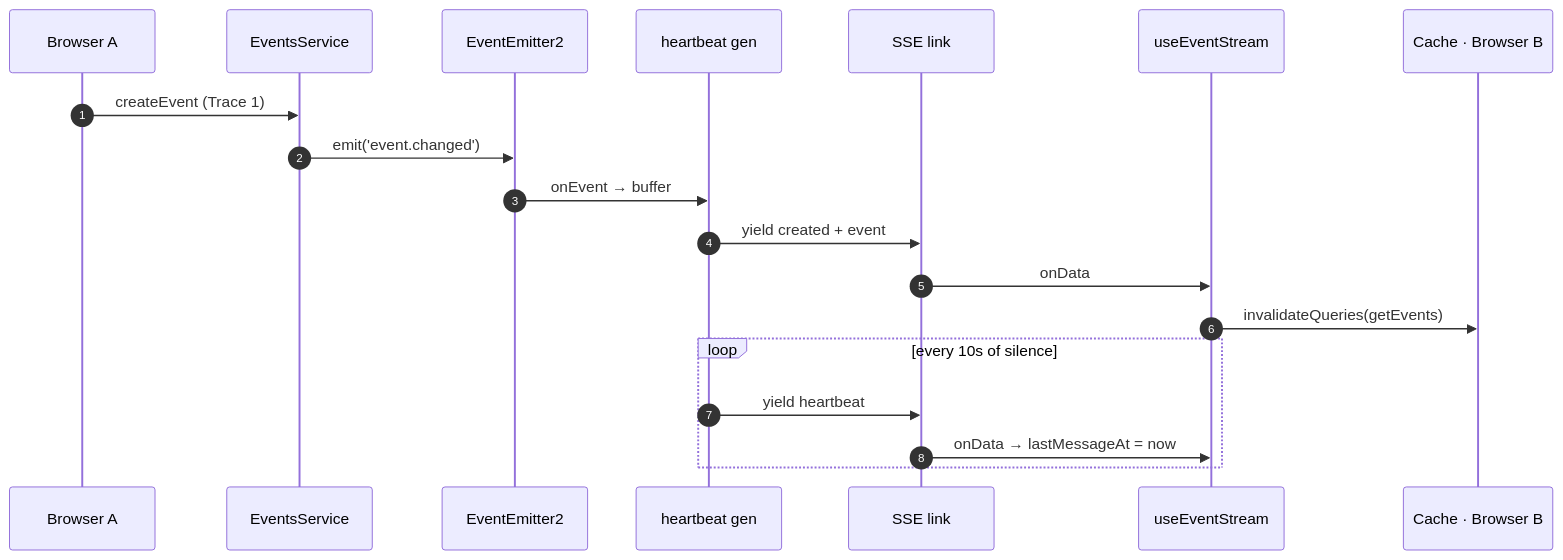
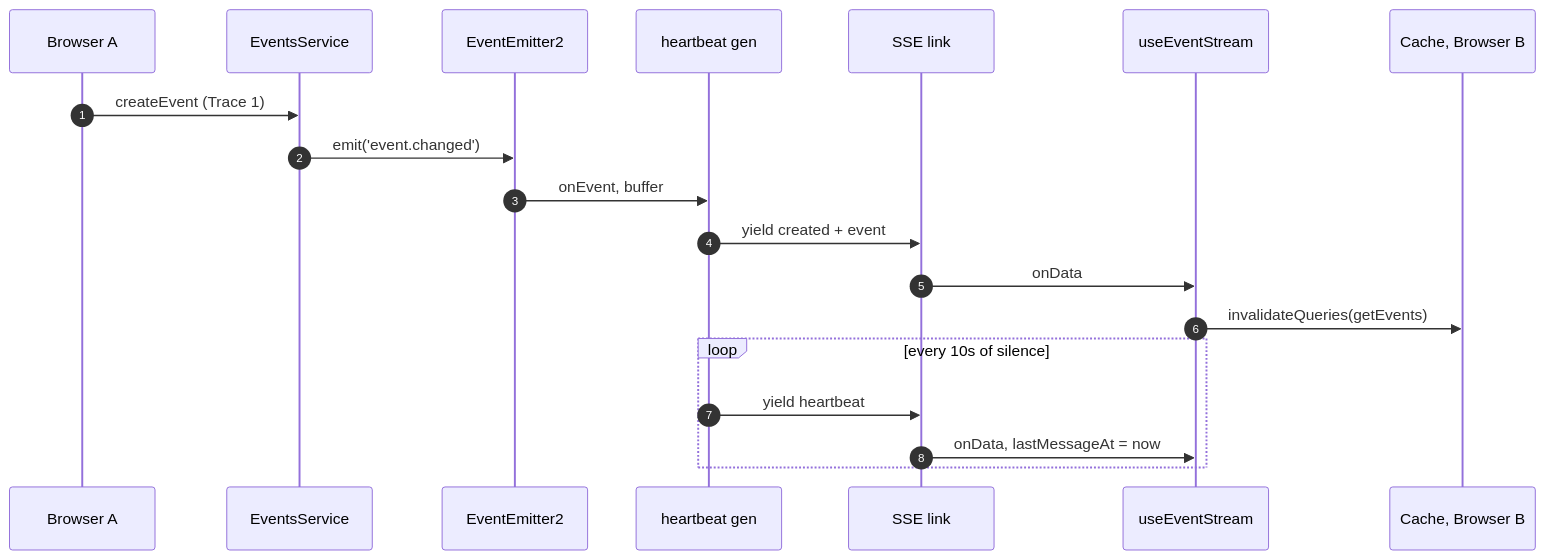
One commit to DidiWalakutty/Transcendence changed the fourth of 6 diagrams in docs/ARCHITECTURE_TOUR.md. Above: the diagram before and after it, drawn with Mermaid. The commit also changed other lines of this file and 1 other file, not shown here.

````diff
--- a/docs/ARCHITECTURE_TOUR.md
+++ b/docs/ARCHITECTURE_TOUR.md
@@ -332,22 +330,22 @@
 ```mermaid
 sequenceDiagram
     autonumber
     participant A as Browser A
     participant S as EventsService
     participant B as EventEmitter2
     participant G as heartbeat gen
     participant SSE as SSE link
     participant H as useEventStream
-    participant QC as Cache · Browser B
+    participant QC as Cache, Browser B
 
     A->>S: createEvent (Trace 1)
     S->>B: emit('event.changed')
-    B->>G: onEvent → buffer
+    B->>G: onEvent, buffer
     G->>SSE: yield created + event
     SSE->>H: onData
     H->>QC: invalidateQueries(getEvents)
     loop every 10s of silence
         G->>SSE: yield heartbeat
-        SSE->>H: onData → lastMessageAt = now
+        SSE->>H: onData, lastMessageAt = now
     end
 ```
````
